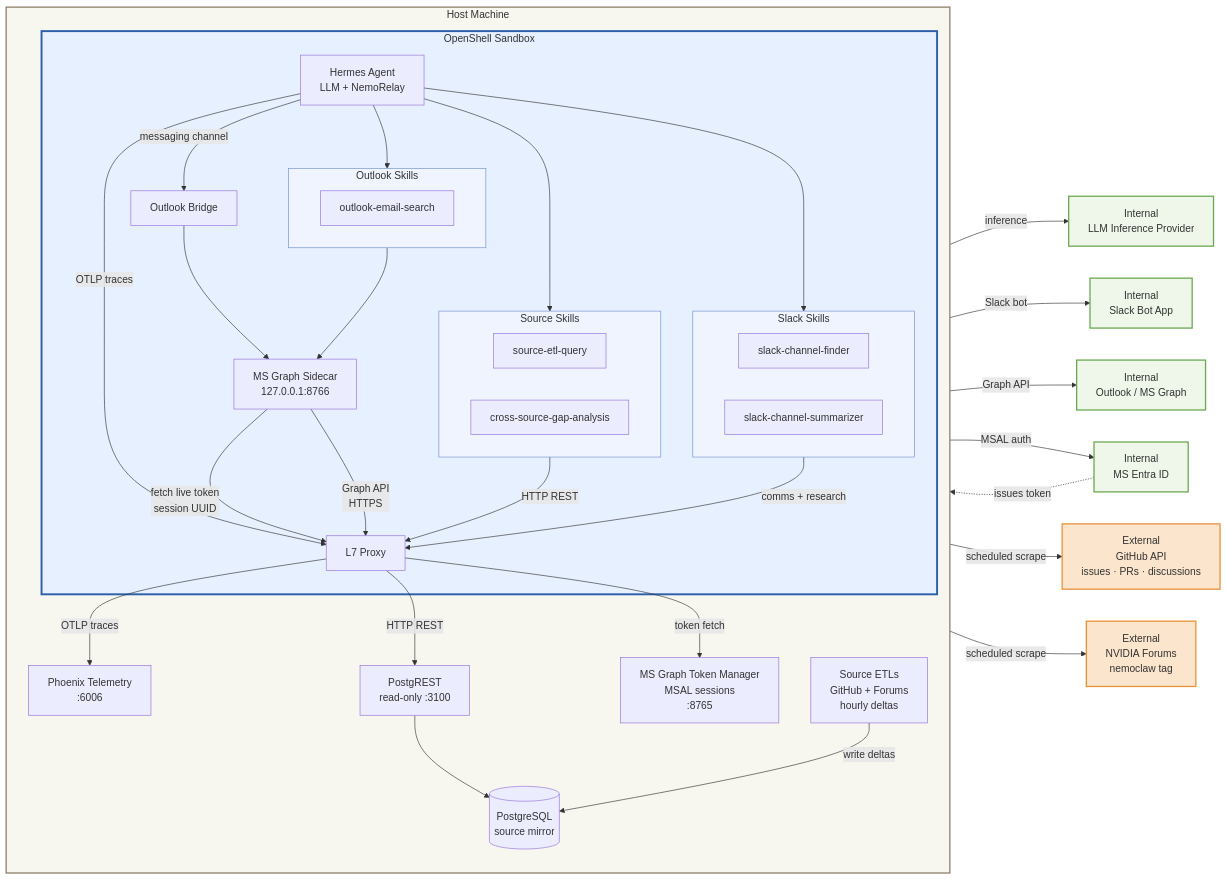
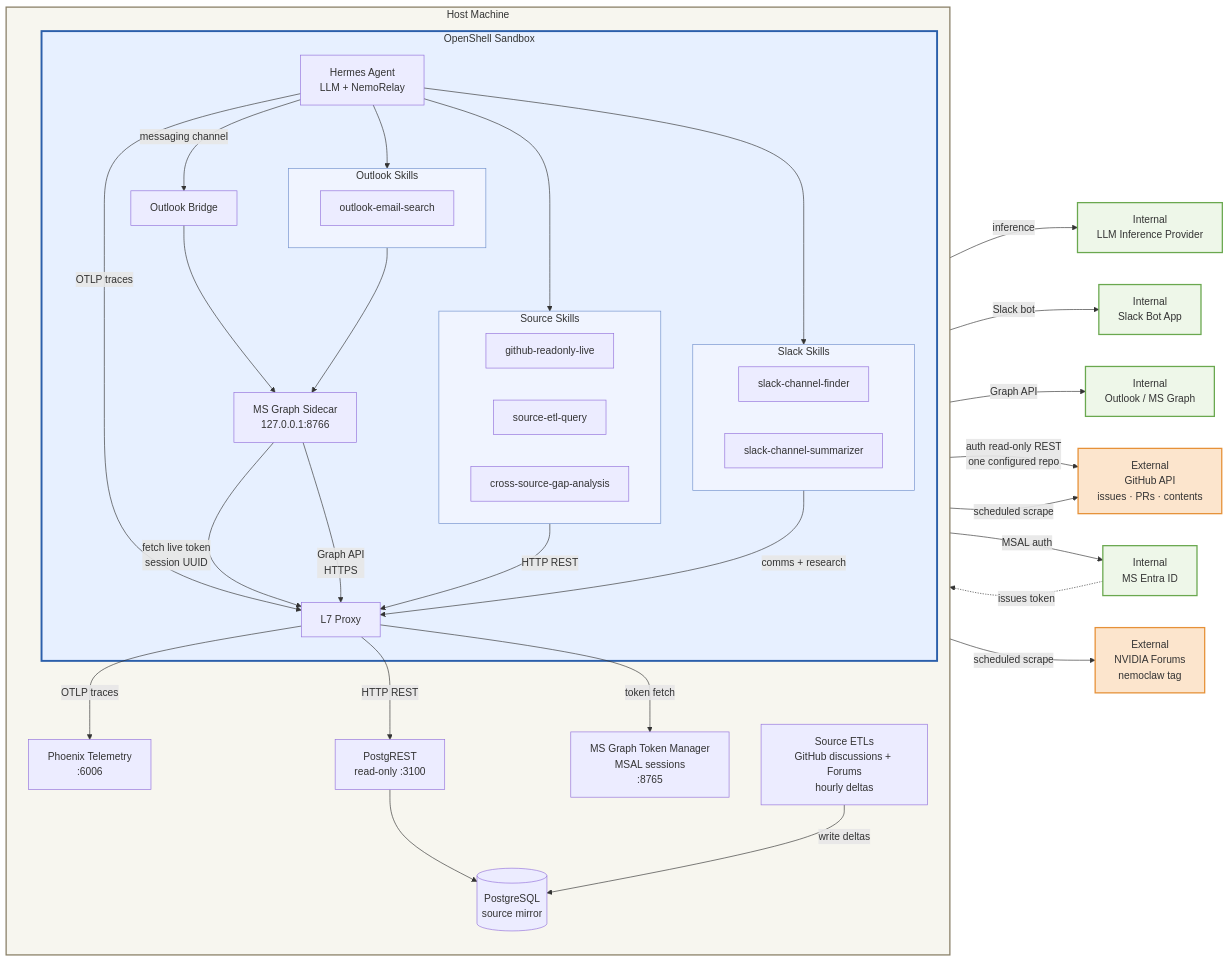
One commit to paulaserna16/nemoclaw-community changed the diagram in examples/personal-community-sentiment-triage/README.md. Above: the diagram before and after it, drawn with Mermaid. The commit also changed other lines of this file and 18 other files, not shown here.

Commit message:
Add policy-scoped GitHub read-only access

```diff
--- a/examples/personal-community-sentiment-triage/README.md
+++ b/examples/personal-community-sentiment-triage/README.md
@@ -25,7 +30,7 @@
     slack["Internal\nSlack Bot App"]
     outlook["Internal\nOutlook / MS Graph"]
     entra["Internal\nMS Entra ID"]
-    github["External\nGitHub API\nissues · PRs · discussions"]
+    github["External\nGitHub API\nissues · PRs · contents"]
     forums["External\nNVIDIA Forums\nnemoclaw tag"]
 
     subgraph host["Host Machine"]
@@ -38,6 +43,7 @@
 
             subgraph sourceSkills["Source Skills"]
                 direction LR
+                s0["github-readonly-live"]
                 s1["source-etl-query"]
                 s4["cross-source-gap-analysis"]
             end
@@ -70,7 +76,7 @@
         phoenix["Phoenix Telemetry\n:6006"]
         postgrest["PostgREST\nread-only :3100"]
         postgres[("PostgreSQL\nsource mirror")]
-        etls["Source ETLs\nGitHub + Forums\nhourly deltas"]
+        etls["Source ETLs\nGitHub discussions + Forums\nhourly deltas"]
         tokenManager["MS Graph Token Manager\nMSAL sessions\n:8765"]
 
         proxy -->|"OTLP traces"| phoenix
@@ -84,6 +90,7 @@
     proxy -->|"inference"| nvidia
     proxy -->|"Slack bot"| slack
     proxy -->|"Graph API"| outlook
+    proxy -->|"auth read-only REST\none configured repo"| github
     tokenManager -->|"MSAL auth"| entra
     entra -.->|"issues token"| tokenManager
     etls -->|"scheduled scrape"| github
```
